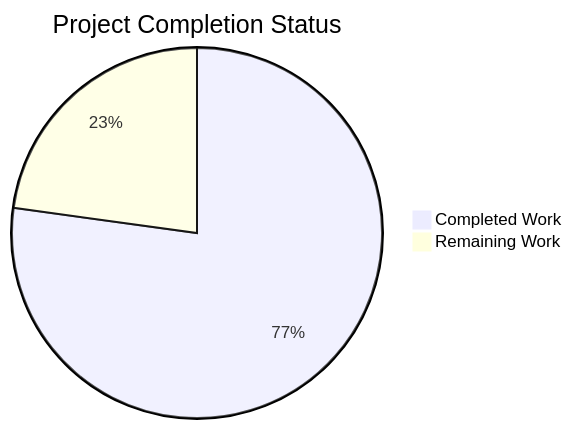
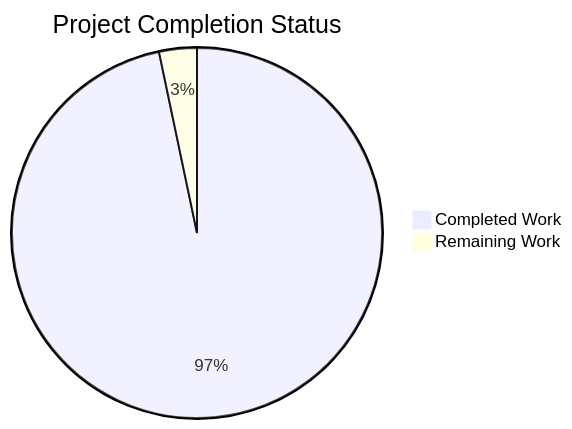
The first of 2 diagrams in blitzy/documentation/Project Guide - d5e44c01-18bd-47bf-9c1d-26eb1bede269.md (blitzy-build-in-public/arui-5612-03-4c516918), drawn with Mermaid before and after one commit. The commit also changed other lines of this file, not shown here.

Commit message:
Adding Blitzy Project Guide: Project Status and Human Tasks Remaining

````diff
--- a/blitzy/documentation/Project Guide - d5e44c01-18bd-47bf-9c1d-26eb1bede269.md
+++ b/blitzy/documentation/Project Guide - d5e44c01-18bd-47bf-9c1d-26eb1bede269.md
@@ -13,5 +11,5 @@
 ```mermaid
 pie title Project Completion Status
-    "Completed Work" : 35.5
-    "Remaining Work" : 10.5
+    "Completed Work" : 44.0
+    "Remaining Work" : 1.5
 ```
````
